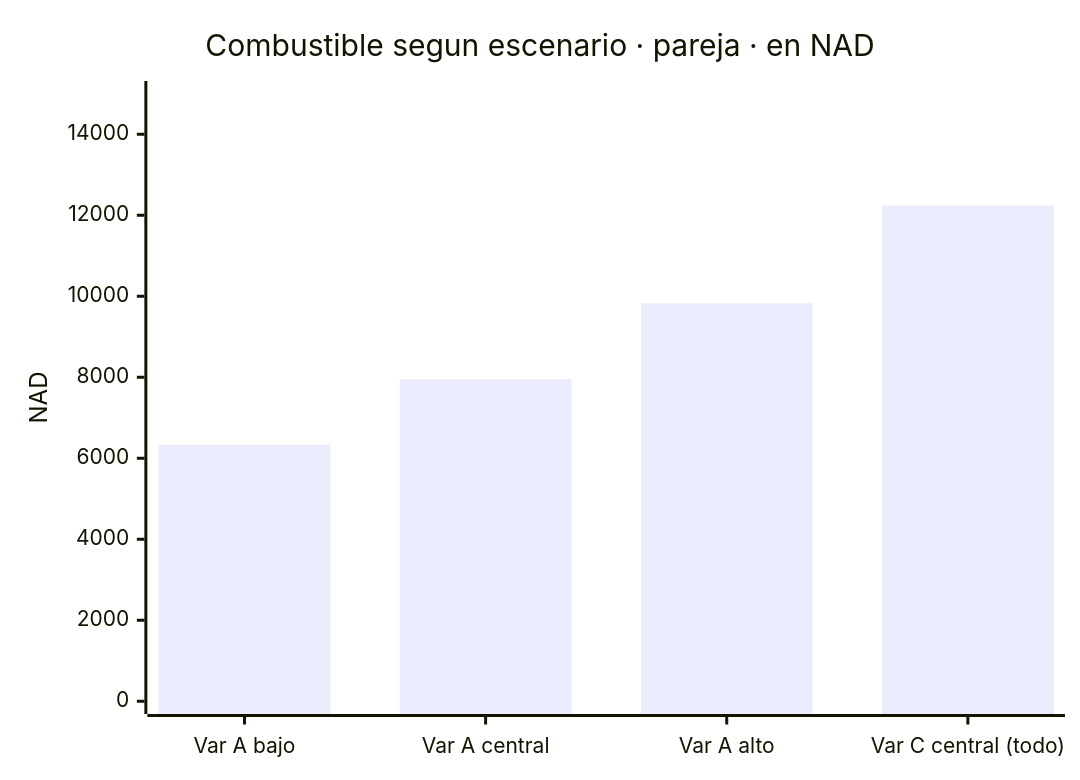
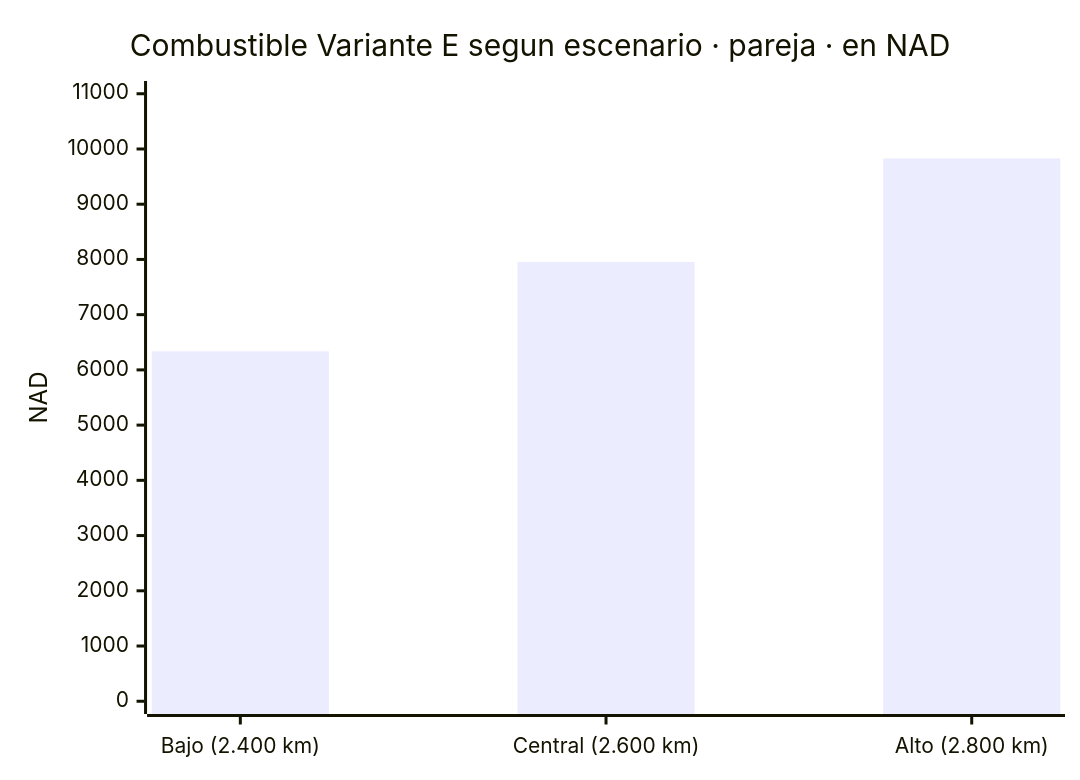
Before and after one commit to morandeirachema/namibia: the second of 5 diagrams in 10-presupuesto.md, drawn with Mermaid. The commit also changed other lines of this file, not shown here.

Commit message:
Rehacer el presupuesto sobre la Variante E y los precios cerrados: Budget, vuelo real y seguro IATI

````diff
--- a/10-presupuesto.md
+++ b/10-presupuesto.md
@@ -92,7 +105,7 @@
 ```mermaid
 xychart-beta
-    title "Combustible segun escenario · pareja · en NAD"
-    x-axis ["Var A bajo", "Var A central", "Var A alto", "Var C central (todo)"]
-    y-axis "NAD" 0 --> 15000
-    bar [6336, 7956, 9828, 12240]
+    title "Combustible Variante E segun escenario · pareja · en NAD"
+    x-axis ["Bajo (2.400 km)", "Central (2.600 km)", "Alto (2.800 km)"]
+    y-axis "NAD" 0 --> 11000
+    bar [6336, 7956, 9828]
 ```
````
